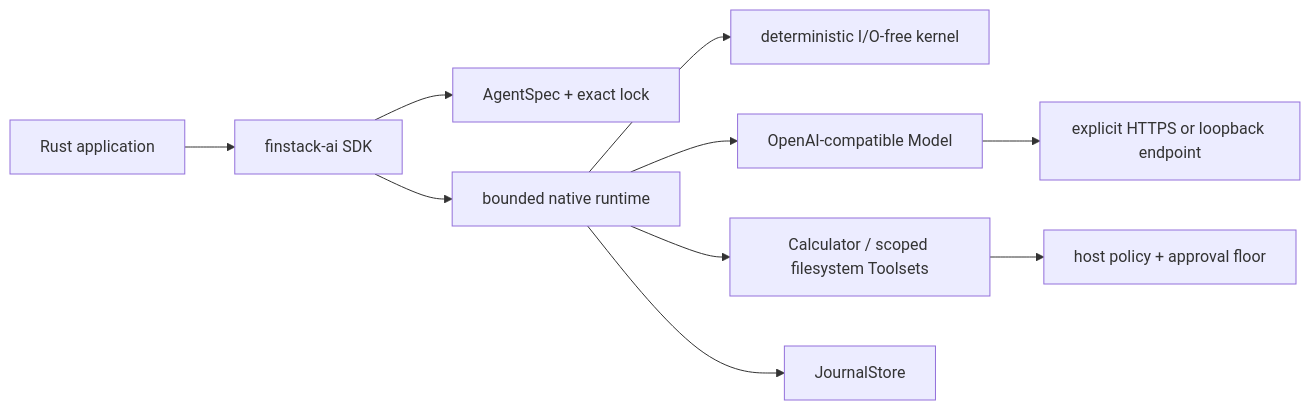
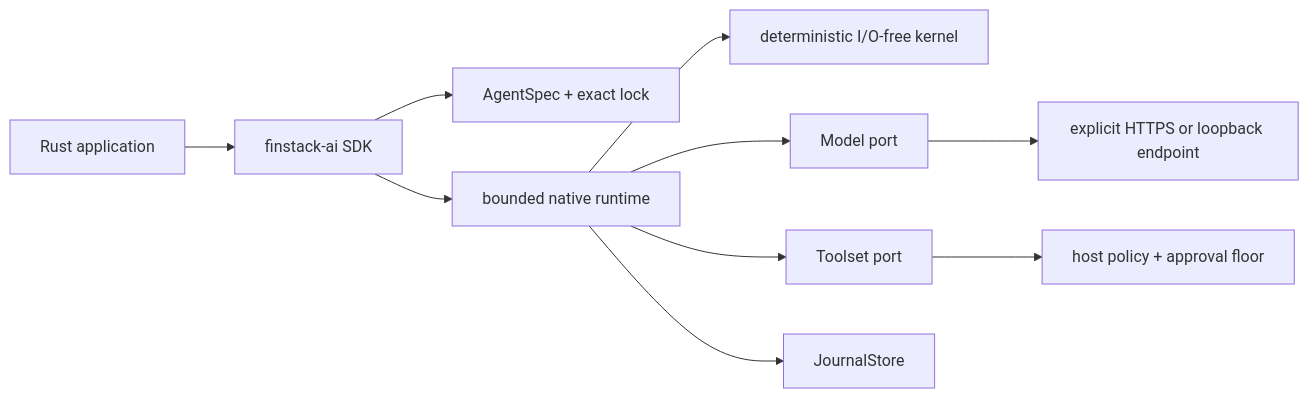
The diagram in docs/site/architecture.md (jeickmeier/finstack-ai), drawn with Mermaid before and after one commit. The commit also changed other lines of this file and 65 other files, not shown here.

````diff
--- a/docs/site/architecture.md
+++ b/docs/site/architecture.md
@@ -3,12 +3,12 @@
 ```mermaid
 flowchart LR
     App["Rust application"] --> SDK["finstack-ai SDK"]
     SDK --> Lock["AgentSpec + exact lock"]
     SDK --> Runtime["bounded native runtime"]
     Runtime --> Kernel["deterministic I/O-free kernel"]
-    Runtime --> Model["OpenAI-compatible Model"]
-    Runtime --> Tools["Calculator / scoped filesystem Toolsets"]
+    Runtime --> Model["Model port"]
+    Runtime --> Tools["Toolset port"]
     Runtime --> Store["JournalStore"]
     Model --> Endpoint["explicit HTTPS or loopback endpoint"]
     Tools --> Policy["host policy + approval floor"]
 ```
````
